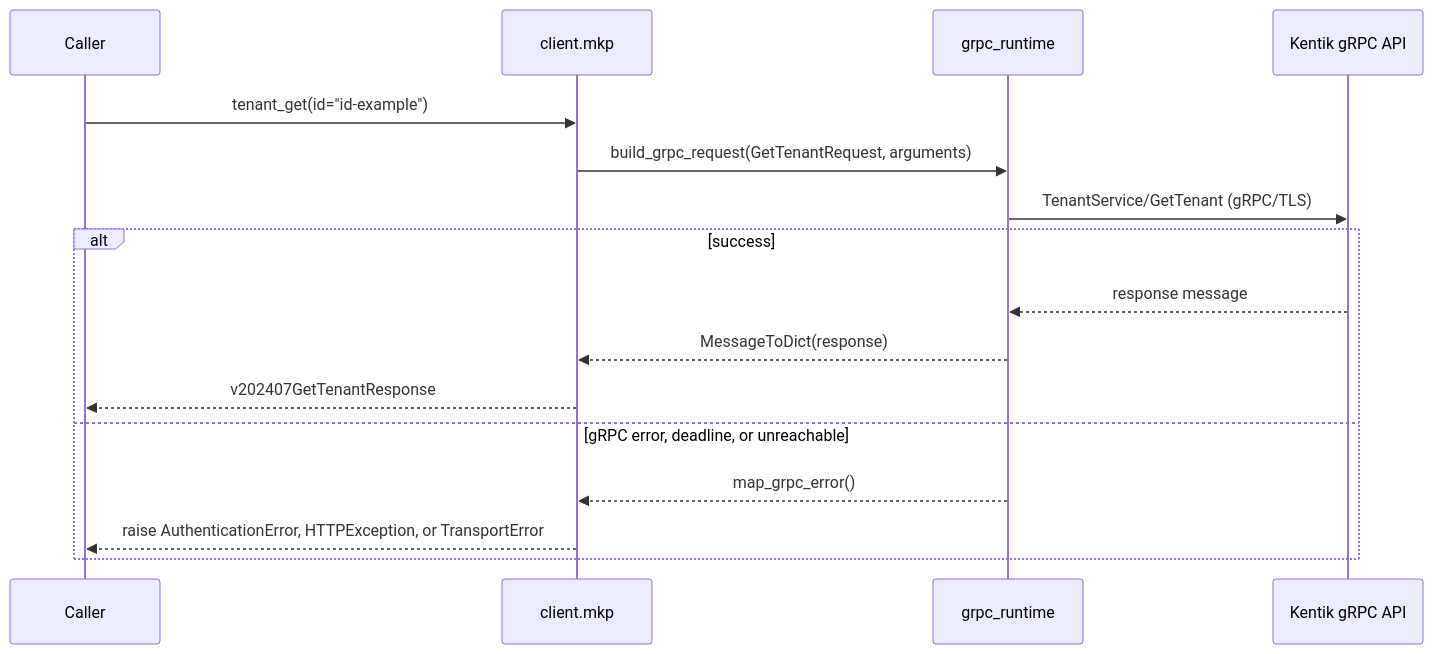
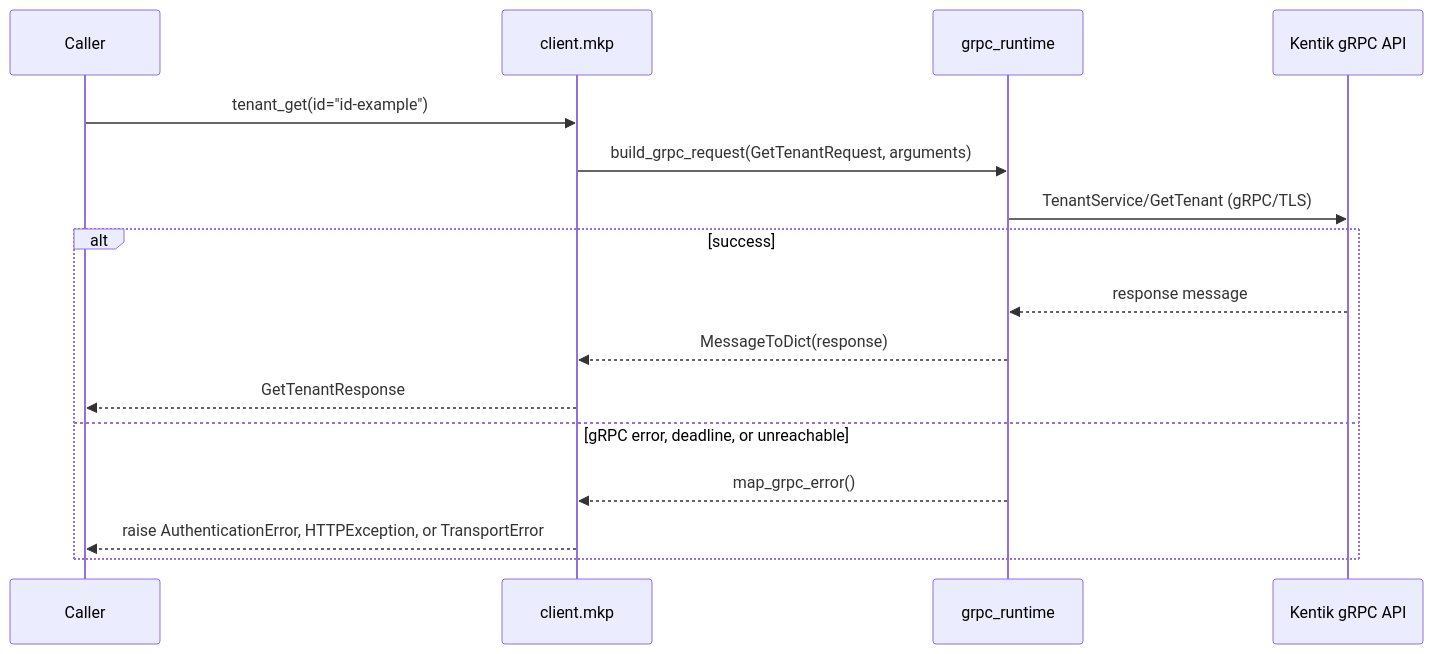
Diagram 17 of 30 in docs/sphinx/services/mkp.md (alexdearaujo/community_sdk_python), drawn with Mermaid before and after one commit. The commit also changed other lines of this file and 38 other files, not shown here.

````diff
--- a/docs/sphinx/services/mkp.md
+++ b/docs/sphinx/services/mkp.md
@@ -579,19 +579,19 @@
 ```mermaid
 sequenceDiagram
     participant C as Caller
     participant W as client.mkp
     participant R as grpc_runtime
     participant API as Kentik gRPC API
 
     C->>W: tenant_get(id="id-example")
     W->>R: build_grpc_request(GetTenantRequest, arguments)
     R->>API: TenantService/GetTenant (gRPC/TLS)
     alt success
         API-->>R: response message
         R-->>W: MessageToDict(response)
-        W-->>C: v202407GetTenantResponse
+        W-->>C: GetTenantResponse
     else gRPC error, deadline, or unreachable
         R-->>W: map_grpc_error()
         W-->>C: raise AuthenticationError, HTTPException, or TransportError
     end
 ```
````
